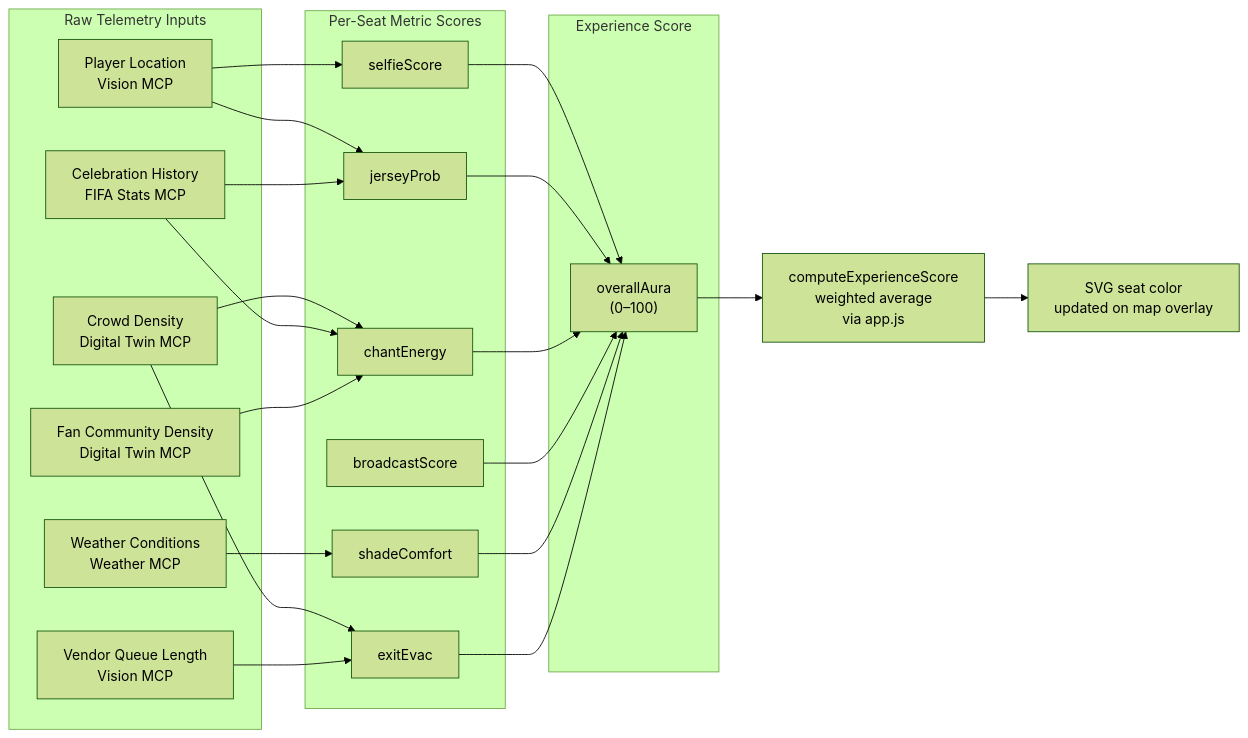
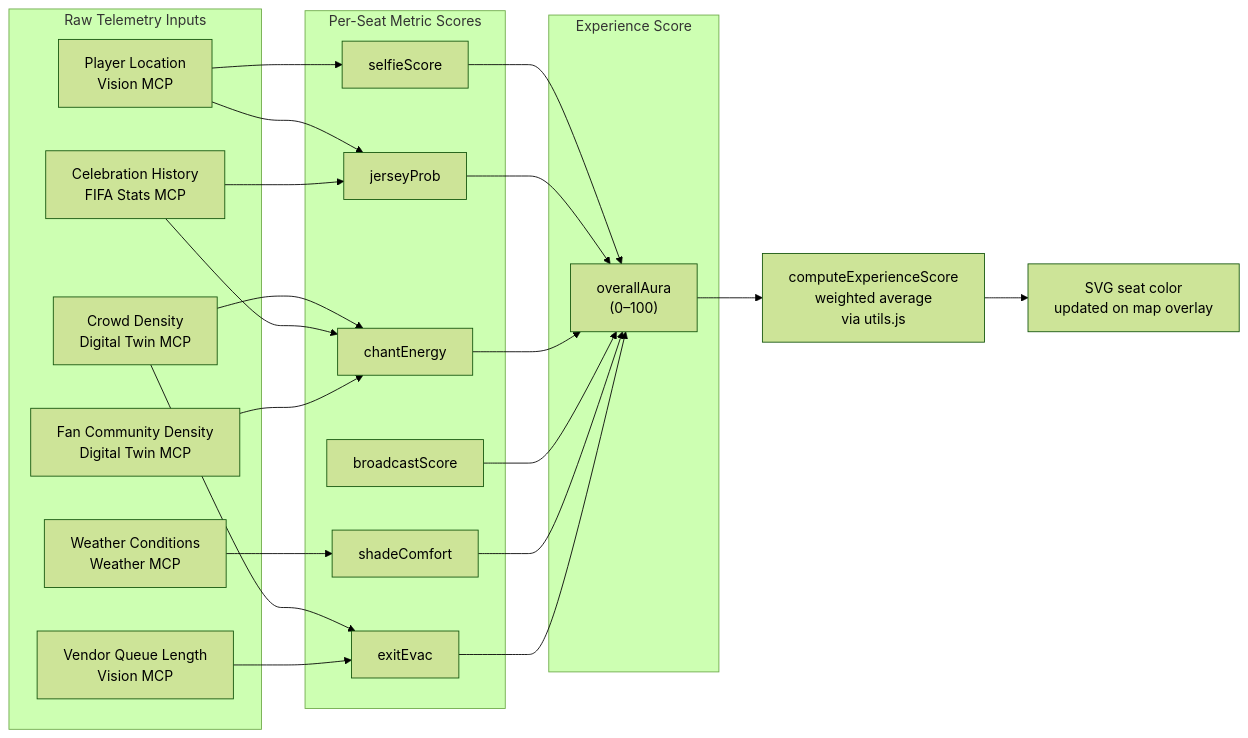
Before and after one commit to Varshitha-Chereddy06/Promptwars: the fifth of 6 diagrams in README.md, drawn with Mermaid (forest theme). The commit also changed other lines of this file and 5 other files, not shown here.

````diff
--- a/README.md
+++ b/README.md
@@ -253,35 +289,35 @@
 ```mermaid
 flowchart LR
     subgraph INPUTS["Raw Telemetry Inputs"]
         I1[Player Location\nVision MCP]
         I2[Crowd Density\nDigital Twin MCP]
         I3[Weather Conditions\nWeather MCP]
         I4[Celebration History\nFIFA Stats MCP]
         I5[Vendor Queue Length\nVision MCP]
         I6[Fan Community Density\nDigital Twin MCP]
     end
 
     subgraph METRICS["Per-Seat Metric Scores"]
         M1[selfieScore]
         M2[jerseyProb]
         M3[chantEnergy]
         M4[broadcastScore]
         M5[shadeComfort]
         M6[exitEvac]
     end
 
     subgraph OUTPUT["Experience Score"]
         E["overallAura\n(0–100)"]
     end
 
     I1 --> M1 & M2
     I2 --> M3 & M6
     I3 --> M5
     I4 --> M2 & M3
     I5 --> M6
     I6 --> M3
 
     M1 & M2 & M3 & M4 & M5 & M6 --> E
-    E --> R["computeExperienceScore\nweighted average\nvia app.js"]
+    E --> R["computeExperienceScore\nweighted average\nvia utils.js"]
     R --> D["SVG seat color\nupdated on map overlay"]
 ```
````
